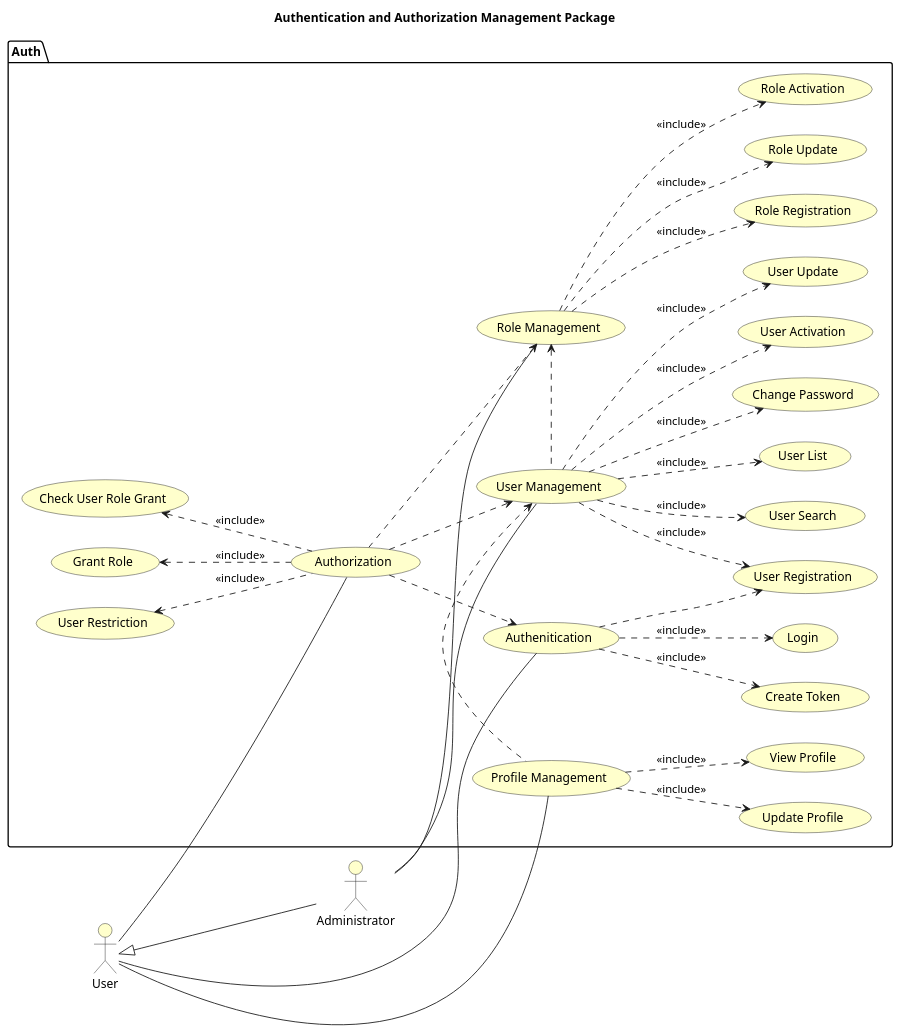
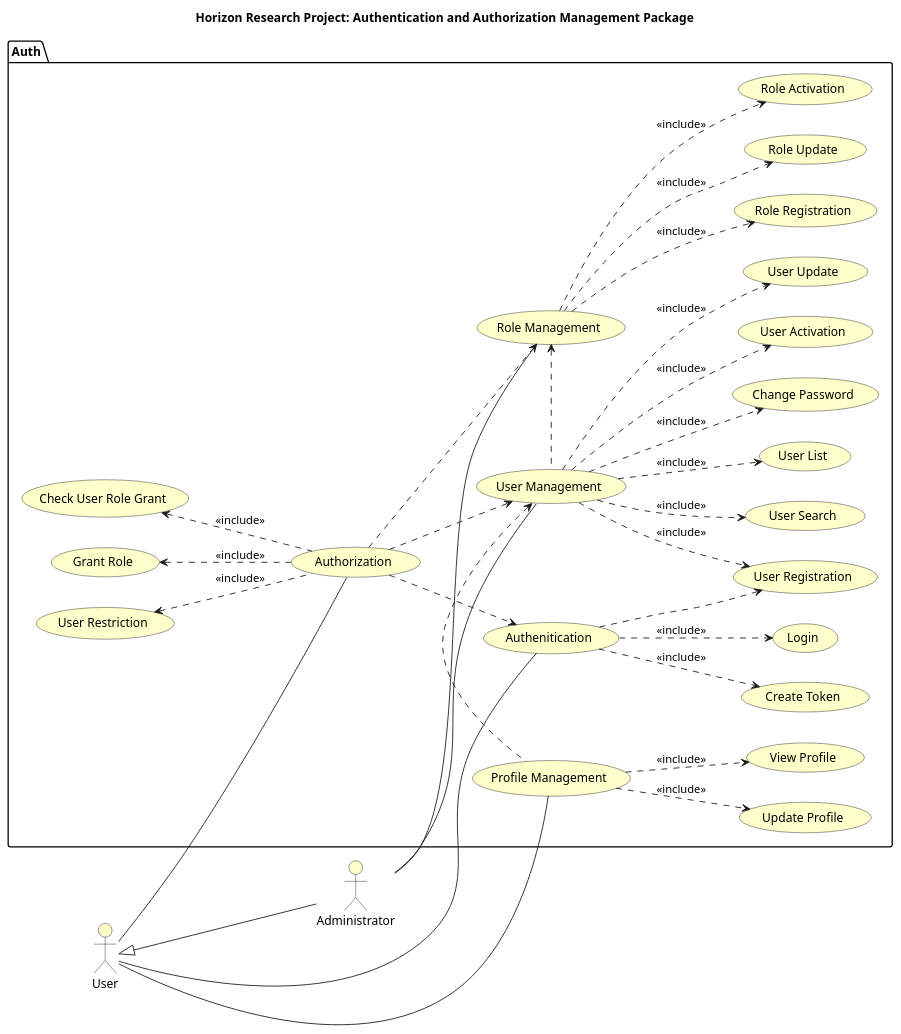
One commit to mahyaresteki/Horizon changed the diagram in HorizonUml/UseCase/Use Case/Packages/AuthUseCaseDiagram.puml. Above: the diagram before and after it, drawn with PlantUML. The commit also changed 12 other files, not shown here.

Commit message:
Update UML

```diff
--- a/HorizonUml/UseCase/Use Case/Packages/AuthUseCaseDiagram.puml
+++ b/HorizonUml/UseCase/Use Case/Packages/AuthUseCaseDiagram.puml
@@ -1,71 +1,71 @@
 @startuml
 left to right direction
 
 skinparam useCaseBackgroundColor #Business
 skinparam actorBackgroundColor #Business
 
-title Authentication and Authorization Management Package
+title Horizon Research Project: Authentication and Authorization Management Package
 
 :User: as User
 :Administrator: as Admin
 
 package "Auth"{
     usecase "Profile Management" as profileManagement
     usecase "Role Management" as roleManagement
     usecase "Role Registration" as roleRegistration
     usecase "Role Update" as roleUpdate
     usecase "Role Activation" as roleActivation
     usecase "User Management" as userManagement
     usecase "User Registration" as userRegistration
     usecase "User Activation" as userActivation
     usecase "User Update" as userUpdate
     usecase "User Search" as userSearch
     usecase "User List" as userList
     usecase "Update Profile" as updateProfile
     usecase "View Profile" as viewProfile
     usecase "Change Password" as changePassword
     usecase "Authenitication" as authentication
     usecase "Login" as login
     usecase "Create Token" as createToken
     usecase "Authorization" as authorization
     usecase "Grant Role" as grantRole
     usecase "User Restriction" as userRestriction
     usecase "Check User Role Grant" as checkGrant
 
 }
 User <|--Admin
 Admin -- userManagement
 Admin -- roleManagement
 User -- authentication
 User -- authorization
 User -- profileManagement
 
 userManagement <. profileManagement 
 roleManagement <. userManagement 
 
 
 userManagement ..> userRegistration : <<include>>
 userManagement ..> userActivation : <<include>>
 userManagement ..> changePassword : <<include>>
 userManagement ..> userSearch : <<include>>
 userManagement ..> userUpdate : <<include>>
 userManagement ..> userList : <<include>>
 
 profileManagement ..> updateProfile :<<include>>
 profileManagement ..> viewProfile :<<include>>
 
 roleManagement ..> roleRegistration : <<include>>
 roleManagement ..> roleUpdate : <<include>>
 roleManagement ..> roleActivation : <<include>>
 
 authentication ..> userRegistration
 authentication ..> login : <<include>>
 authentication ..> createToken : <<include>>
 authorization ..>  roleManagement
 authorization ..> authentication 
 authorization ..> userManagement
 grantRole <.. authorization : <<include>>
 userRestriction <.. authorization : <<include>>
 checkGrant <.. authorization : <<include>>
 
 @enduml
```
